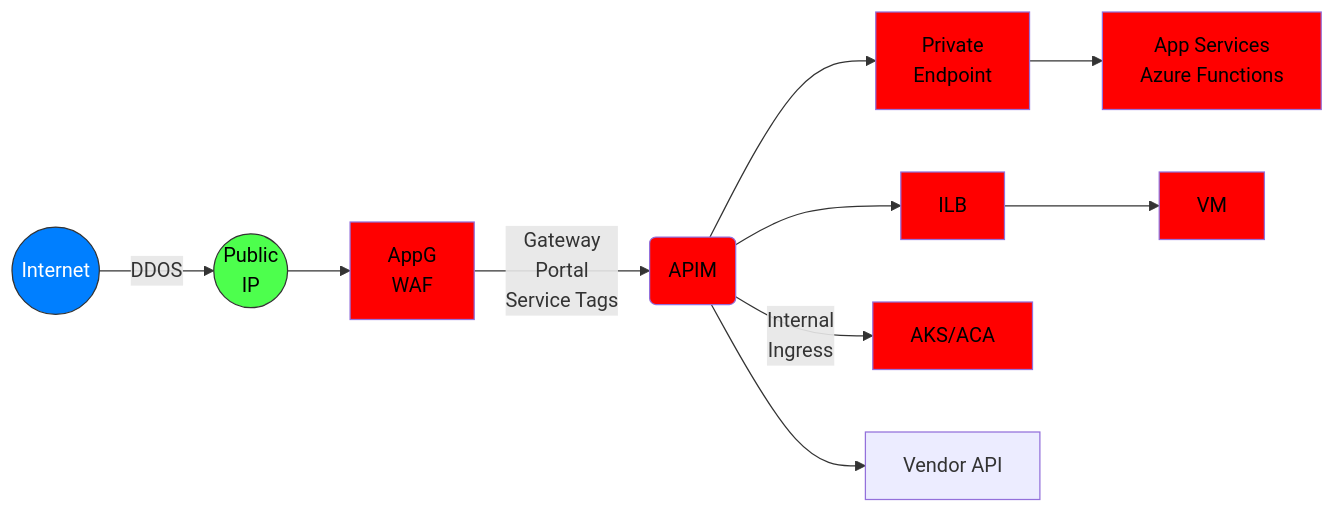
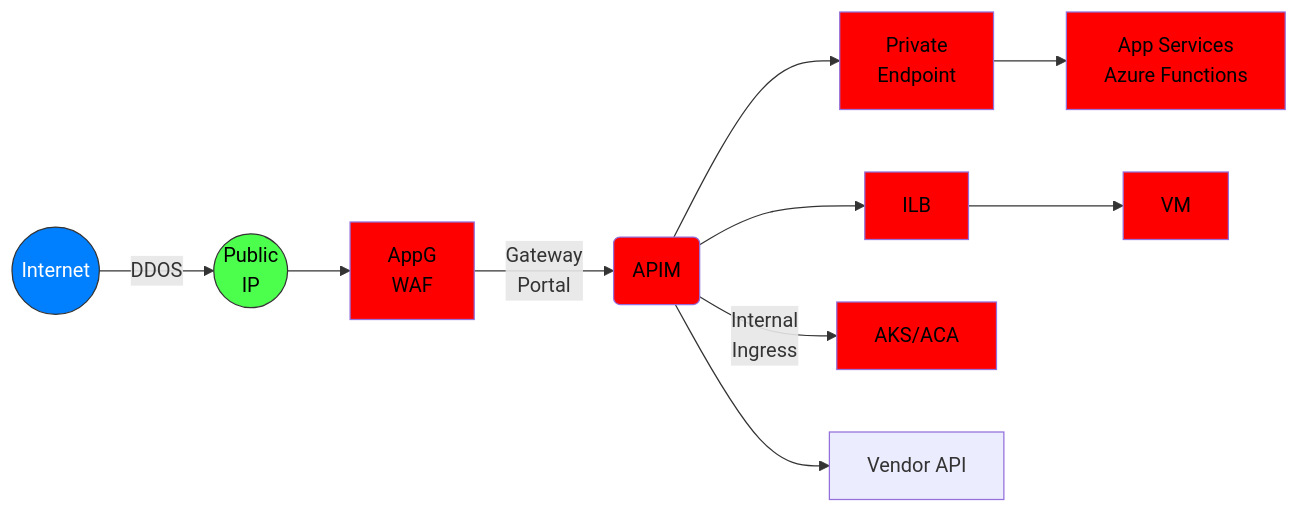
Before and after one commit to msalemor/azure-apim-networking: the third of 3 diagrams in README.md, drawn with Mermaid. The commit also changed other lines of this file, not shown here.

````diff
--- a/README.md
+++ b/README.md
@@ -69,18 +69,18 @@
 ```mermaid
 graph LR;
     A((Internet))--DDOS-->X((Public<br/>IP));
     X-->Z;
     Z[AppG<br/>WAF];
-    Z--Gateway<br/>Portal<br/>Service Tags-->B(APIM);
+    Z--Gateway<br/>Portal-->B(APIM);
     B-->M[Private<br/>Endpoint];
     M-->C[App Services<br/>Azure Functions]
     B-->D[ILB];
     D-->F[VM];
     B--Internal<br/>Ingress-->E[AKS/ACA];
     B-->G[Vendor API]
     style A fill:#007FFF,stroke:#333,stroke-width:1px,color:#fff;    
     classDef unsafe fill:#4DFF4D,stroke:#333,stroke-width:1px,color:black;
     class X unsafe;
     classDef safe fill:red,color:black;
     class C,Z,B,D,F,E,M safe;
 ```
````
